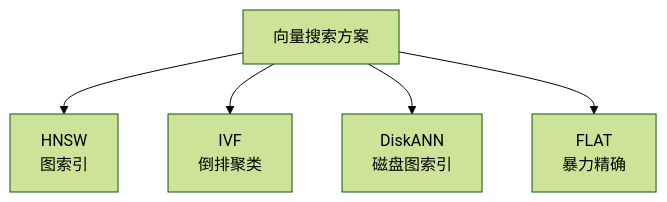
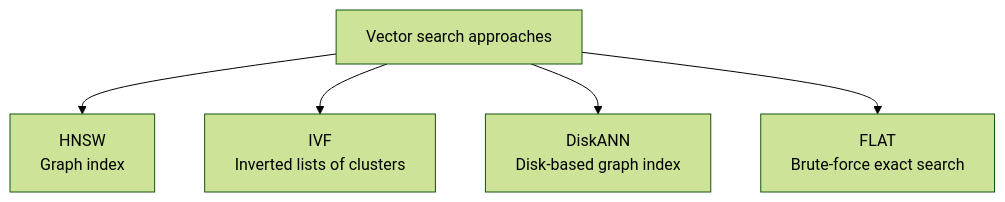
One commit to oneleaveknowsthefall/awesome-ai-roadmap changed the first of 3 diagrams in docs/rag/02-ingestion-indexing/08-vector-database.md. Above: the diagram before and after it, drawn with Mermaid (forest theme). The commit also changed other lines of this file and 60 other files, not shown here.

````diff
--- a/docs/rag/02-ingestion-indexing/08-vector-database.md
+++ b/docs/rag/02-ingestion-indexing/08-vector-database.md
@@ -21,7 +21,7 @@
 ```mermaid
 flowchart TB
-    ANN[向量搜索方案] --> HNSW[HNSW<br/>图索引]
-    ANN --> IVF[IVF<br/>倒排聚类]
-    ANN --> DISK[DiskANN<br/>磁盘图索引]
-    ANN --> FLAT[FLAT<br/>暴力精确]
+    ANN[Vector search approaches] --> HNSW[HNSW<br/>Graph index]
+    ANN --> IVF[IVF<br/>Inverted lists of clusters]
+    ANN --> DISK[DiskANN<br/>Disk-based graph index]
+    ANN --> FLAT[FLAT<br/>Brute-force exact search]
 ```
````
